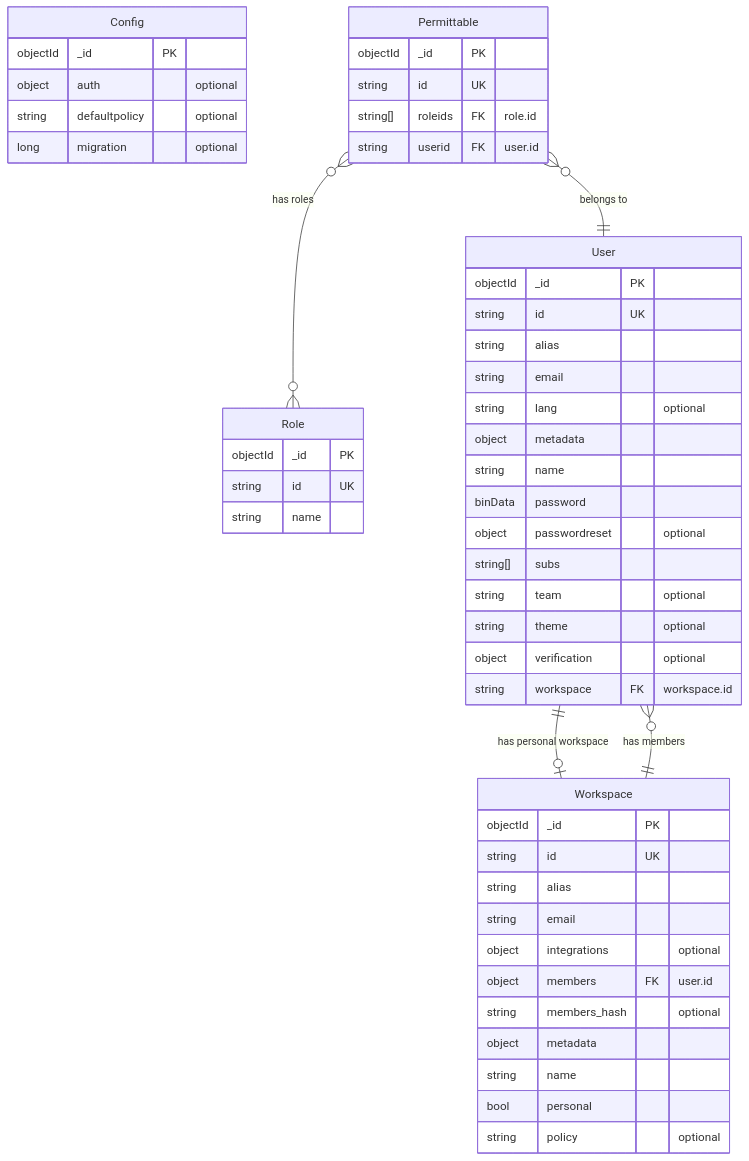
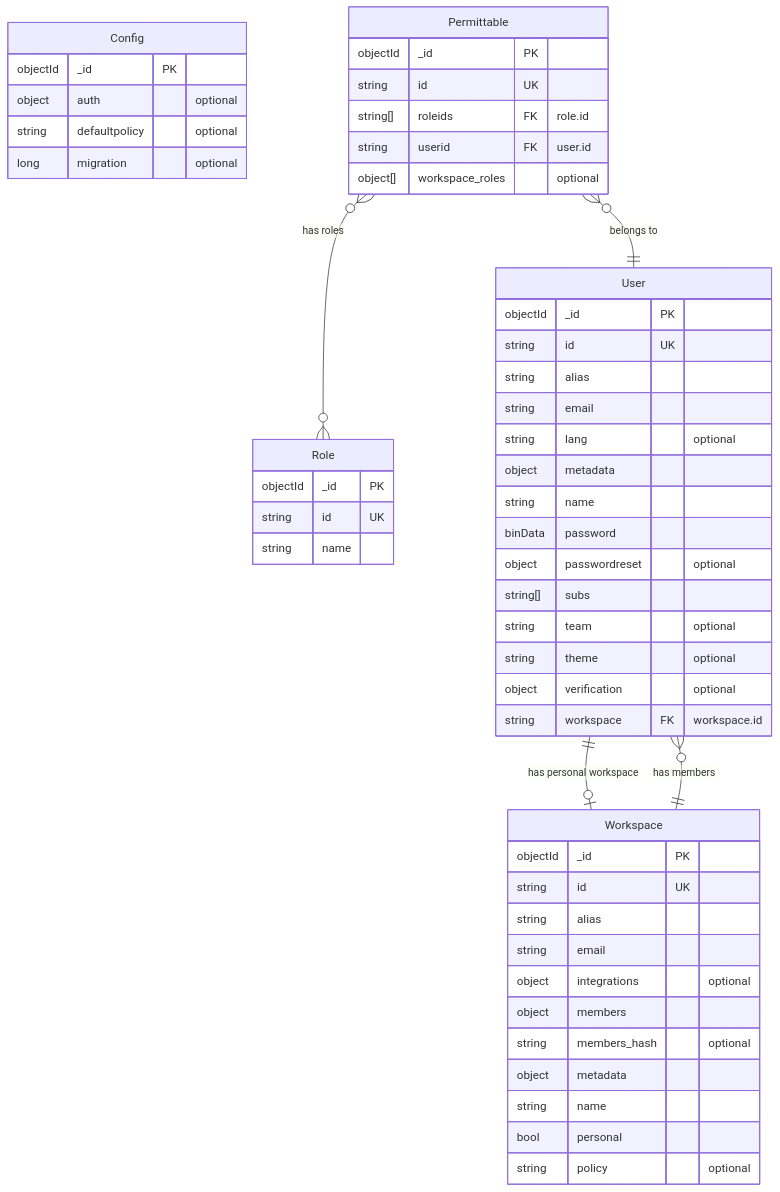
One commit to reearth/reearth-accounts changed the diagram in server/internal/infrastructure/mongo/schema/ER.md. Above: the diagram before and after it, drawn with Mermaid. The commit also changed 7 other files, not shown here.

````diff
--- a/server/internal/infrastructure/mongo/schema/ER.md
+++ b/server/internal/infrastructure/mongo/schema/ER.md
@@ -5,58 +5,59 @@
 ```mermaid
 erDiagram
     Config {
         objectId _id PK
         object auth "optional"
         string defaultpolicy "optional"
         long migration "optional"
     }
 
     Permittable {
         objectId _id PK
         string id UK
         string[] roleids FK "role.id"
         string userid FK "user.id"
+        object[] workspace_roles "optional"
     }
 
     Role {
         objectId _id PK
         string id UK
         string name
     }
 
     User {
         objectId _id PK
         string id UK
         string alias
         string email
         string lang "optional"
         object metadata
         string name
         binData password
         object passwordreset "optional"
         string[] subs
         string team "optional"
         string theme "optional"
         object verification "optional"
         string workspace FK "workspace.id"
     }
 
     Workspace {
         objectId _id PK
         string id UK
         string alias
         string email
         object integrations "optional"
-        object members FK "user.id"
+        object members
         string members_hash "optional"
         object metadata
         string name
         bool personal
         string policy "optional"
     }
 
     User ||--o| Workspace : "has personal workspace"
     Workspace ||--o{ User : "has members"
     Permittable }o--|| User : "belongs to"
     Permittable }o--o{ Role : "has roles"
 ```
````
